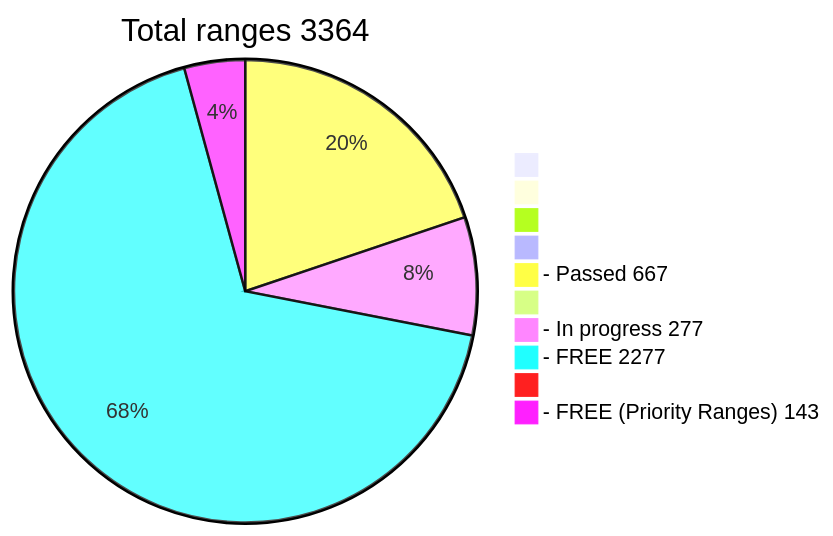
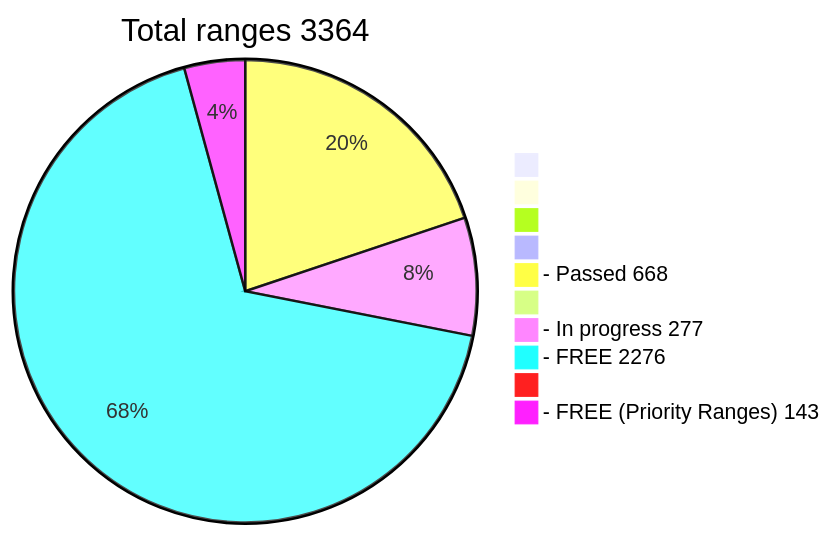
Before and after one commit to phrutis/wif500: the diagram in README.md, drawn with Mermaid.

````diff
--- a/README.md
+++ b/README.md
@@ -16,13 +16,13 @@
 ```mermaid
 pie title Total ranges 3364
              " " : 0
             "  " : 0
            "   " : 0
           "    " : 0
-  "- Passed 667" : 667
+  "- Passed 668" : 668
          "     " : 0
   "- In progress 277" : 277
-   "- FREE 2277" : 2277
+   "- FREE 2276" : 2276
         "      " : 0
   "- FREE (Priority Ranges) 143" : 143
 ```
````
